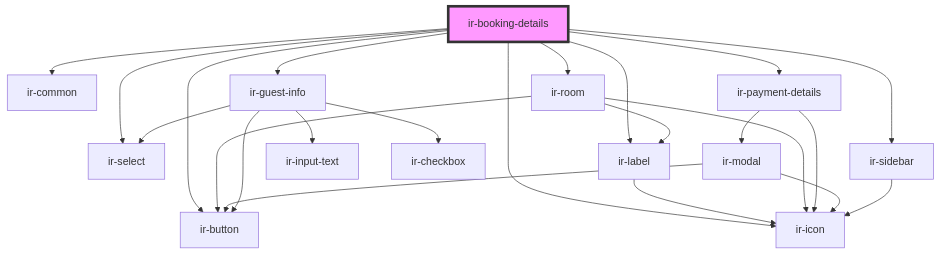
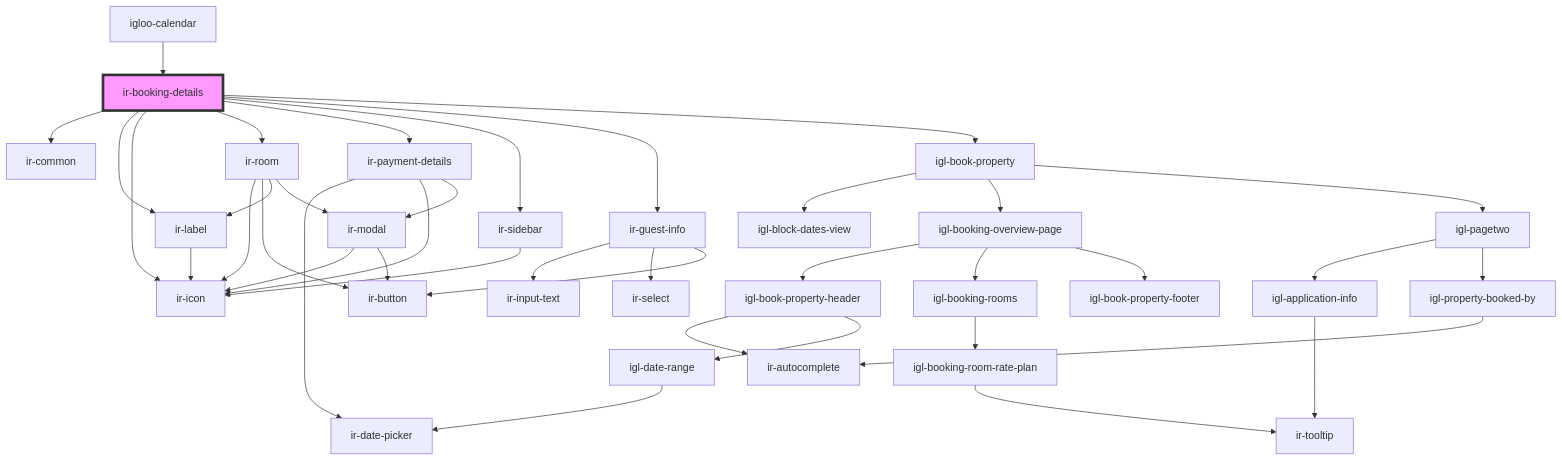
One commit to RonyRizk/ir-webcmp changed the diagram in src/components/ir-booking-details/readme.md. Above: the diagram before and after it, drawn with Mermaid. The commit also changed other lines of this file and 58 other files, not shown here.

Commit message:
PMS - Booking Details - 1st Round

````diff
--- a/src/components/ir-booking-details/readme.md
+++ b/src/components/ir-booking-details/readme.md
@@ -65,26 +70,42 @@
 ```mermaid
 graph TD;
   ir-booking-details --> ir-common
-  ir-booking-details --> ir-select
-  ir-booking-details --> ir-button
+  ir-booking-details --> ir-label
   ir-booking-details --> ir-icon
-  ir-booking-details --> ir-label
   ir-booking-details --> ir-room
   ir-booking-details --> ir-payment-details
   ir-booking-details --> ir-sidebar
   ir-booking-details --> ir-guest-info
+  ir-booking-details --> igl-book-property
   ir-label --> ir-icon
   ir-room --> ir-icon
   ir-room --> ir-button
   ir-room --> ir-label
+  ir-room --> ir-modal
+  ir-modal --> ir-icon
+  ir-modal --> ir-button
+  ir-payment-details --> ir-date-picker
   ir-payment-details --> ir-icon
   ir-payment-details --> ir-modal
-  ir-modal --> ir-icon
-  ir-modal --> ir-button
   ir-sidebar --> ir-icon
+  ir-guest-info --> ir-input-text
   ir-guest-info --> ir-select
-  ir-guest-info --> ir-input-text
-  ir-guest-info --> ir-checkbox
   ir-guest-info --> ir-button
+  igl-book-property --> igl-block-dates-view
+  igl-book-property --> igl-booking-overview-page
+  igl-book-property --> igl-pagetwo
+  igl-booking-overview-page --> igl-book-property-header
+  igl-booking-overview-page --> igl-booking-rooms
+  igl-booking-overview-page --> igl-book-property-footer
+  igl-book-property-header --> ir-autocomplete
+  igl-book-property-header --> igl-date-range
+  igl-date-range --> ir-date-picker
+  igl-booking-rooms --> igl-booking-room-rate-plan
+  igl-booking-room-rate-plan --> ir-tooltip
+  igl-pagetwo --> igl-application-info
+  igl-pagetwo --> igl-property-booked-by
+  igl-application-info --> ir-tooltip
+  igl-property-booked-by --> ir-autocomplete
+  igloo-calendar --> ir-booking-details
   style ir-booking-details fill:#f9f,stroke:#333,stroke-width:4px
 ```
````
